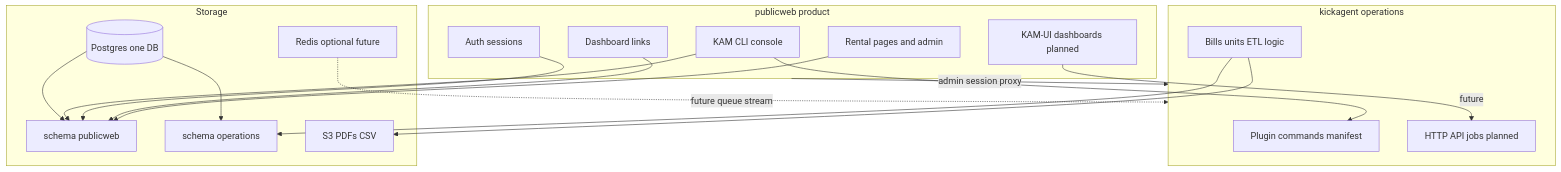
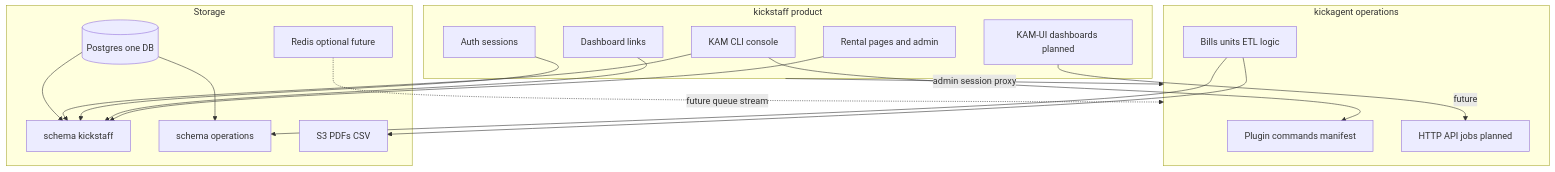
The diagram in docs/guides/platform-overview.md (zethdubois/kickstaff), drawn with Mermaid before and after one commit. The commit also changed other lines of this file and 50 other files, not shown here.

First line of the commit message:
[c] Rename the app from publicweb to kickstaff: package name, Kickdesk id (~/.config/kickstaff), Docker database kickstaff_dev, KICKSTAFF_DB_DEFAULT, the db-target cookie, localStorage keys, and docs.

````diff
--- a/docs/guides/platform-overview.md
+++ b/docs/guides/platform-overview.md
@@ -21,37 +21,37 @@
 ```mermaid
 flowchart TB
-  subgraph publicweb [publicweb product]
+  subgraph kickstaff [kickstaff product]
     Rental[Rental pages and admin]
     Hub[Dashboard links]
     KAM[KAM CLI console]
     KAMUI[KAM-UI dashboards planned]
     PWAuth[Auth sessions]
   end
 
   subgraph kickagent [kickagent operations]
     Plugin[Plugin commands manifest]
     API[HTTP API jobs planned]
     OpsLogic[Bills units ETL logic]
   end
 
   subgraph storage [Storage]
     PG[(Postgres one DB)]
-    PWSchema[schema publicweb]
+    PWSchema[schema kickstaff]
     OpSchema[schema operations]
     S3[S3 PDFs CSV]
     RedisFuture[Redis optional future]
   end
 
-  publicweb -->|admin session proxy| kickagent
+  kickstaff -->|admin session proxy| kickagent
   KAM --> Plugin
   KAMUI -->|future| API
   Rental --> PWSchema
   Hub --> PWSchema
   PWAuth --> PWSchema
   KAM --> PWSchema
   OpsLogic --> OpSchema
   OpsLogic --> S3
   RedisFuture -.->|future queue stream| kickagent
   PG --> PWSchema
   PG --> OpSchema
 ```
````
